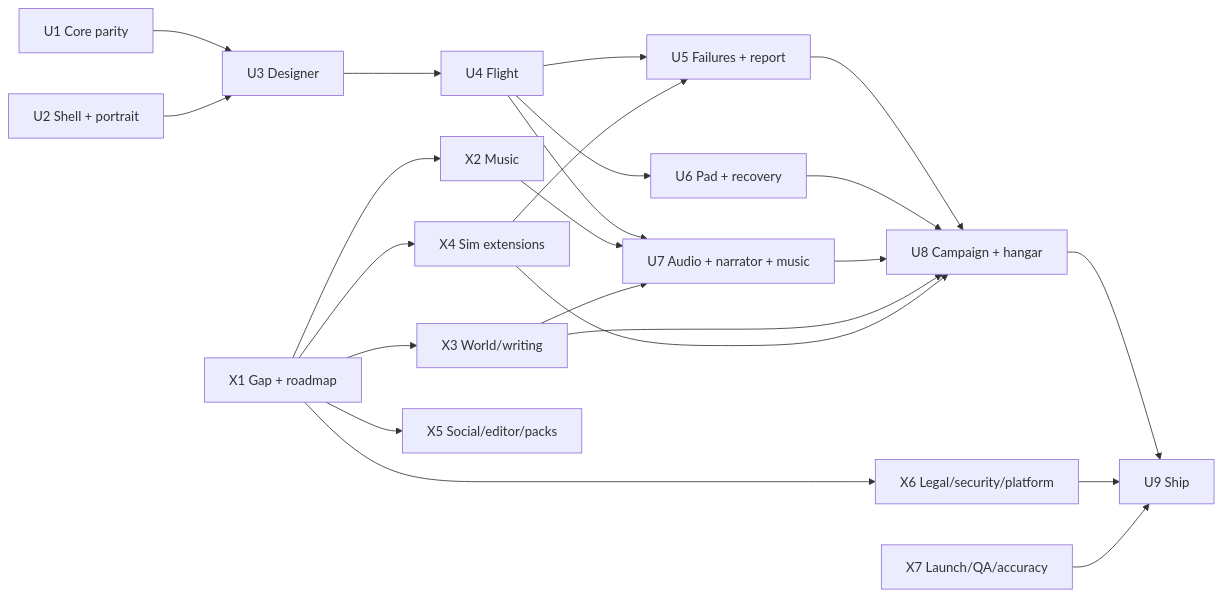
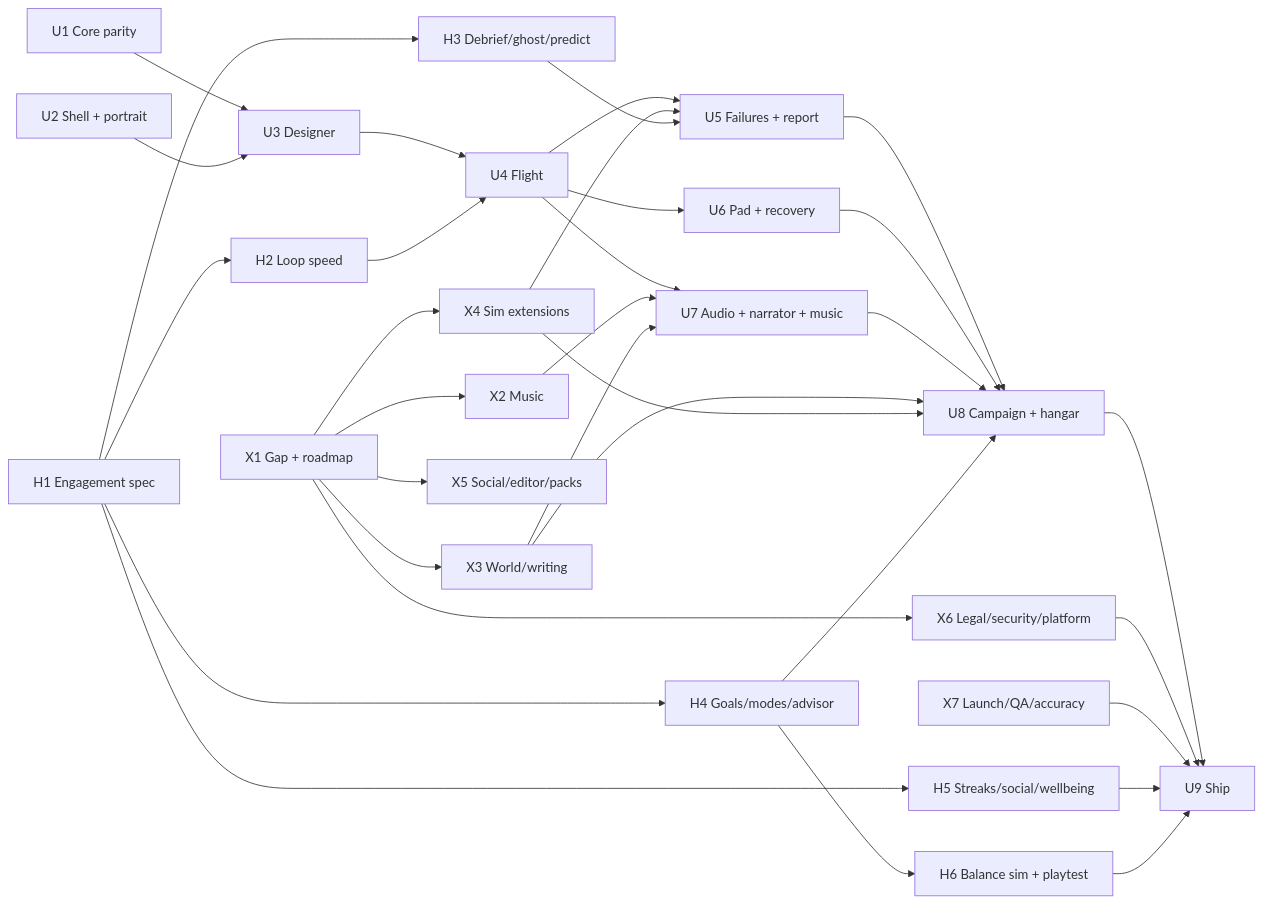
Before and after one commit to becktj90/kestrel-heavy: the diagram in docs/MASTER_ROADMAP.md, drawn with Mermaid. The commit also changed other lines of this file and 6 other files, not shown here.

Commit message:
H1: engagement audit, spec, age rating draft; map H1–H6; ElevenLabs plan fix

````diff
--- a/docs/MASTER_ROADMAP.md
+++ b/docs/MASTER_ROADMAP.md
@@ -6,25 +6,32 @@
 ```mermaid
 graph LR
   U1[U1 Core parity] --> U3[U3 Designer]
   U2[U2 Shell + portrait] --> U3
   U3 --> U4[U4 Flight]
   U4 --> U5[U5 Failures + report]
   U4 --> U6[U6 Pad + recovery]
   U4 --> U7[U7 Audio + narrator + music]
   U5 --> U8[U8 Campaign + hangar]
   U6 --> U8
   U7 --> U8
   U8 --> U9[U9 Ship]
   X1[X1 Gap + roadmap] --> X2[X2 Music]
   X1 --> X3[X3 World/writing]
   X1 --> X4[X4 Sim extensions]
   X2 --> U7
   X3 --> U7
   X3 --> U8
   X4 --> U5
   X4 --> U8
   X1 --> X5[X5 Social/editor/packs]
   X1 --> X6[X6 Legal/security/platform]
   X6 --> U9
   X7[X7 Launch/QA/accuracy] --> U9
+  H1[H1 Engagement spec] --> H2[H2 Loop speed]
+  H1 --> H3[H3 Debrief/ghost/predict]
+  H2 --> U4
+  H3 --> U5
+  H1 --> H4[H4 Goals/modes/advisor] --> U8
+  H1 --> H5[H5 Streaks/social/wellbeing] --> U9
+  H4 --> H6[H6 Balance sim + playtest] --> U9
 ```
````
